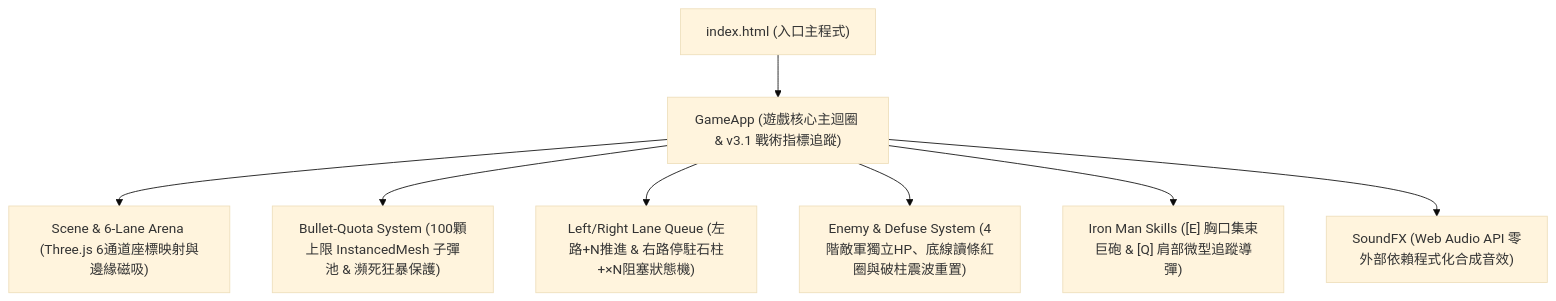
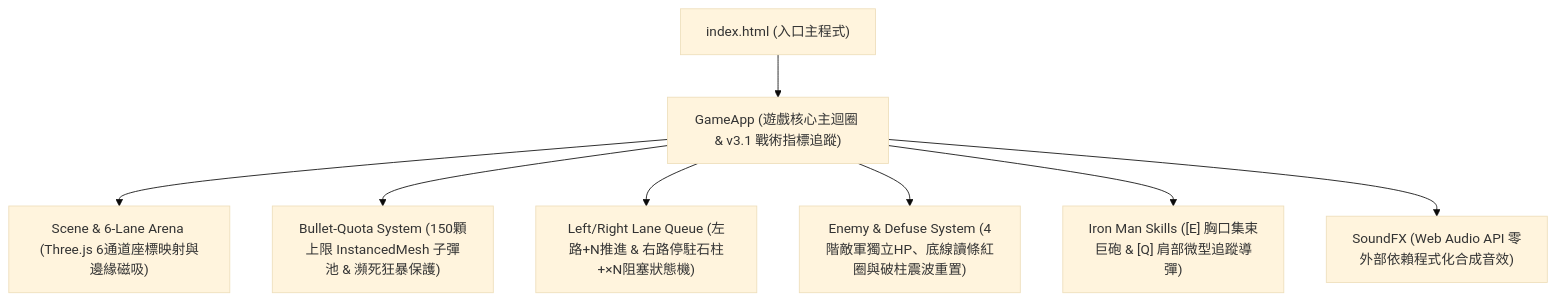
Before and after one commit to JasonLin-avi/GameShoot: the diagram in README.md, drawn with Mermaid (base theme). The commit also changed other lines of this file and 1 other file, not shown here.

Commit message:
feat(balance): increase concurrent bullet cap from 100 to 150

````diff
--- a/README.md
+++ b/README.md
@@ -102,13 +102,13 @@
 ```mermaid
 flowchart TD
     Index["index.html (入口主程式)"]
     GameApp["GameApp (遊戲核心主迴圈 & v3.1 戰術指標追蹤)"]
     
     Index --> GameApp
     GameApp --> SceneMgr["Scene & 6-Lane Arena (Three.js 6通道座標映射與邊緣磁吸)"]
-    GameApp --> QuotaSys["Bullet-Quota System (100顆上限 InstancedMesh 子彈池 & 瀕死狂暴保護)"]
+    GameApp --> QuotaSys["Bullet-Quota System (150顆上限 InstancedMesh 子彈池 & 瀕死狂暴保護)"]
     GameApp --> GateMgr["Left/Right Lane Queue (左路+N推進 & 右路停駐石柱+×N阻塞狀態機)"]
     GameApp --> EnemySys["Enemy & Defuse System (4階敵軍獨立HP、底線讀條紅圈與破柱震波重置)"]
     GameApp --> HeroSkills["Iron Man Skills ([E] 胸口集束巨砲 & [Q] 肩部微型追蹤導彈)"]
     GameApp --> SoundFX["SoundFX (Web Audio API 零外部依賴程式化合成音效)"]
 ```
````
